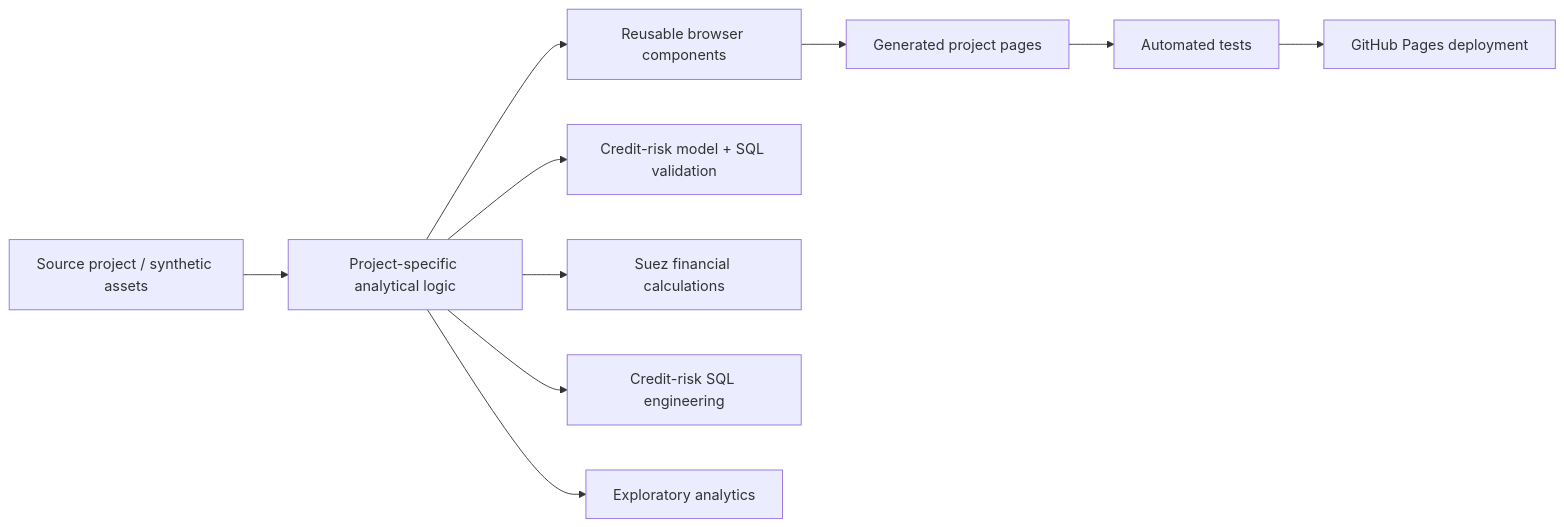
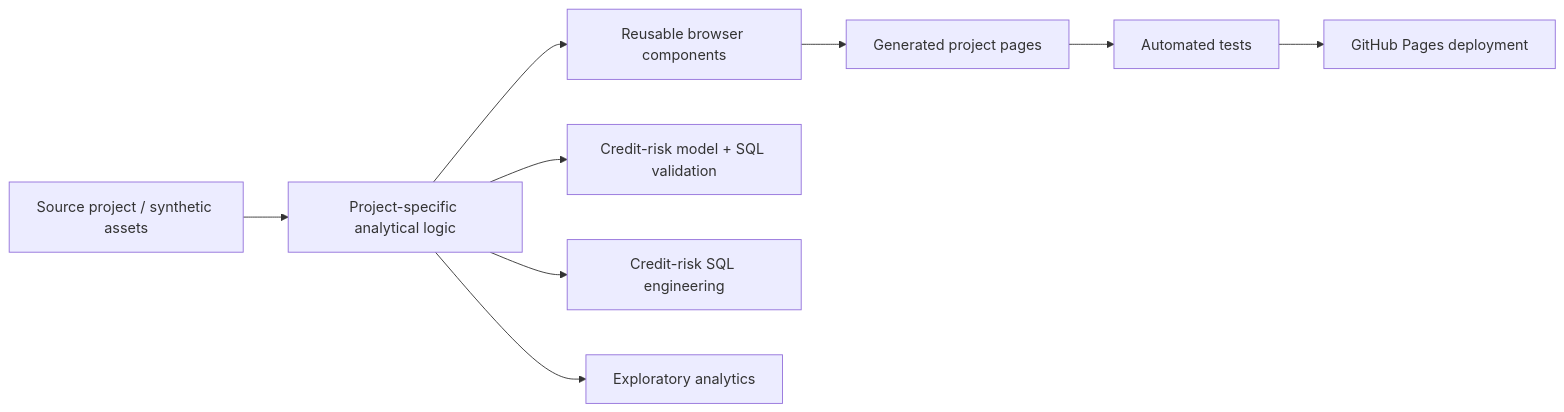
One commit to mrwanahmedx/data-observatory changed the diagram in README.md. Above: the diagram before and after it, drawn with Mermaid. The commit also changed other lines of this file, not shown here.

````diff
--- a/README.md
+++ b/README.md
@@ -19,13 +19,12 @@
 ```mermaid
 flowchart LR
     A[Source project / synthetic assets] --> B[Project-specific analytical logic]
     B --> C[Reusable browser components]
     C --> D[Generated project pages]
     D --> E[Automated tests]
     E --> F[GitHub Pages deployment]
 
     B --> G[Credit-risk model + SQL validation]
-    B --> H[Suez financial calculations]
     B --> I[Credit-risk SQL engineering]
     B --> J[Exploratory analytics]
 ```
````
